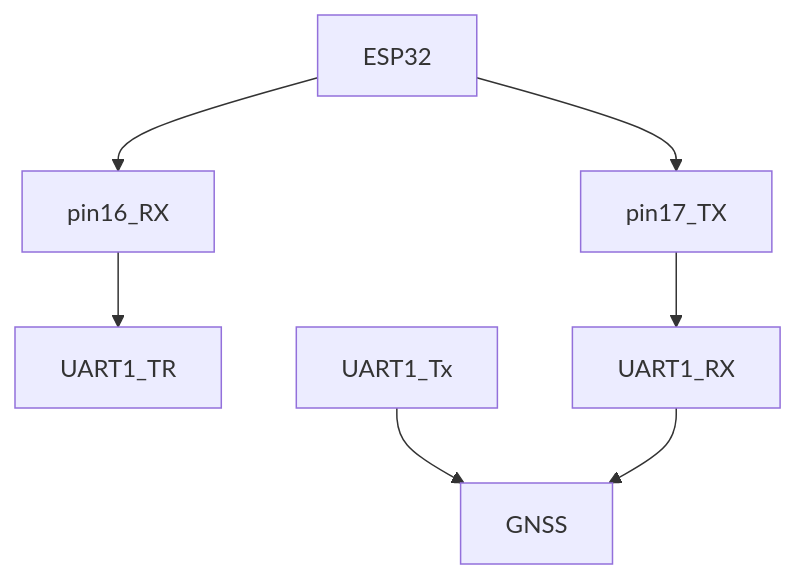
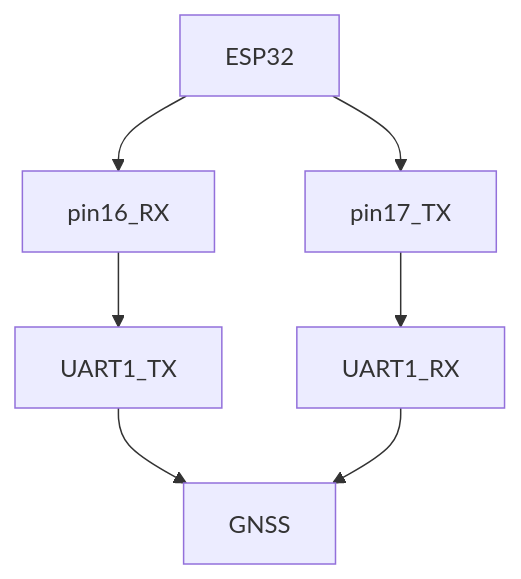
Before and after one commit to CentipedeRTK/docs-centipedeRTK: the diagram in docs/make_rover/rover_v6.md, drawn with Mermaid.

Commit message:
upd rover v6

````diff
--- a/docs/make_rover/rover_v6.md
+++ b/docs/make_rover/rover_v6.md
@@ -17,9 +17,5 @@
 ```mermaid
 graph TD;
-    ESP32-->pin16_RX;
-    pin16_RX-->UART1_TR;
-    UART1_Tx-->GNSS;
-    ESP32-->pin17_TX;
-    pin17_TX-->UART1_RX;
-    UART1_RX-->GNSS;
+    ESP32-->pin16_RX-->UART1_TX-->GNSS;
+    ESP32-->pin17_TX-->UART1_RX-->GNSS;
 ```
````
